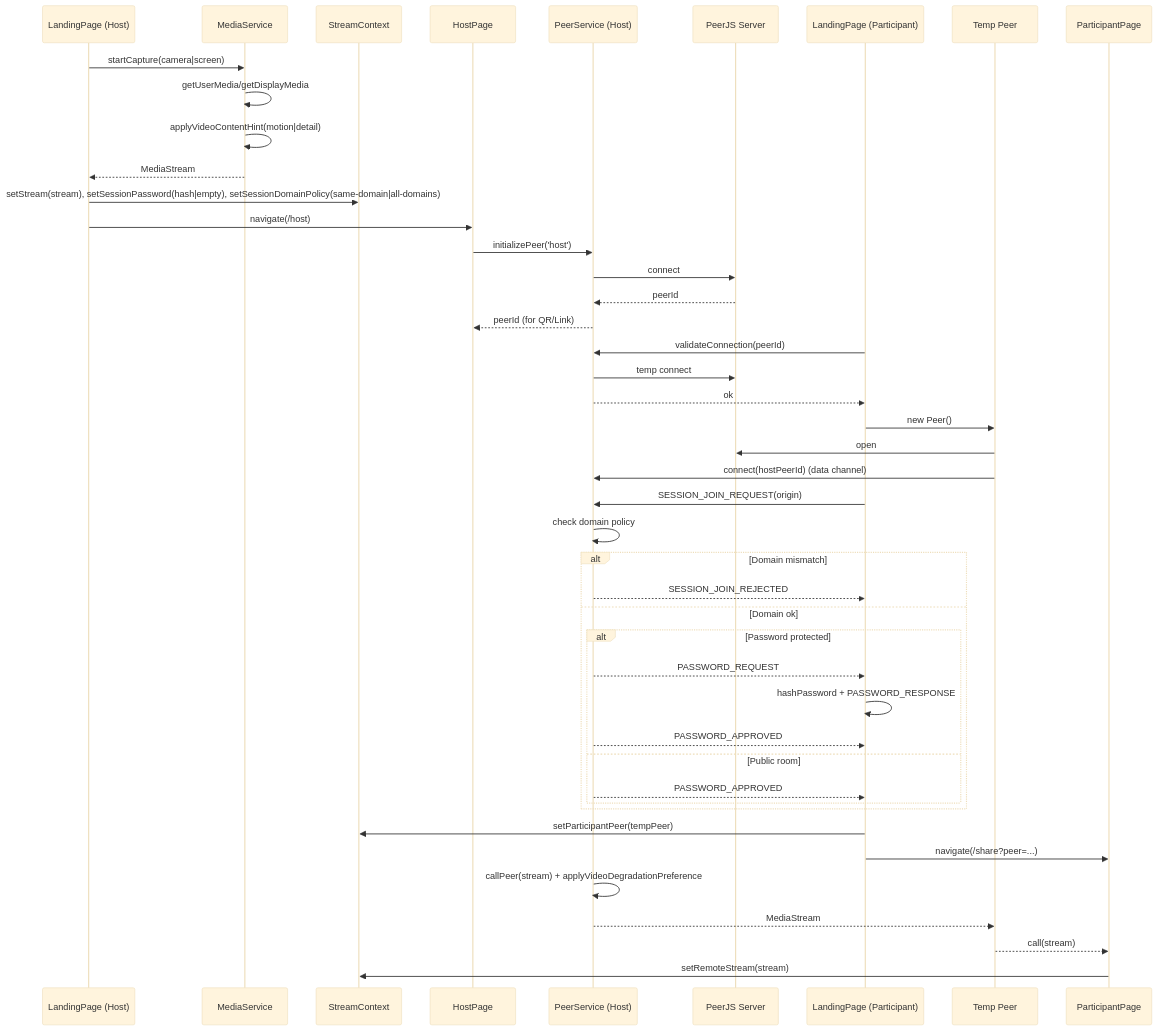
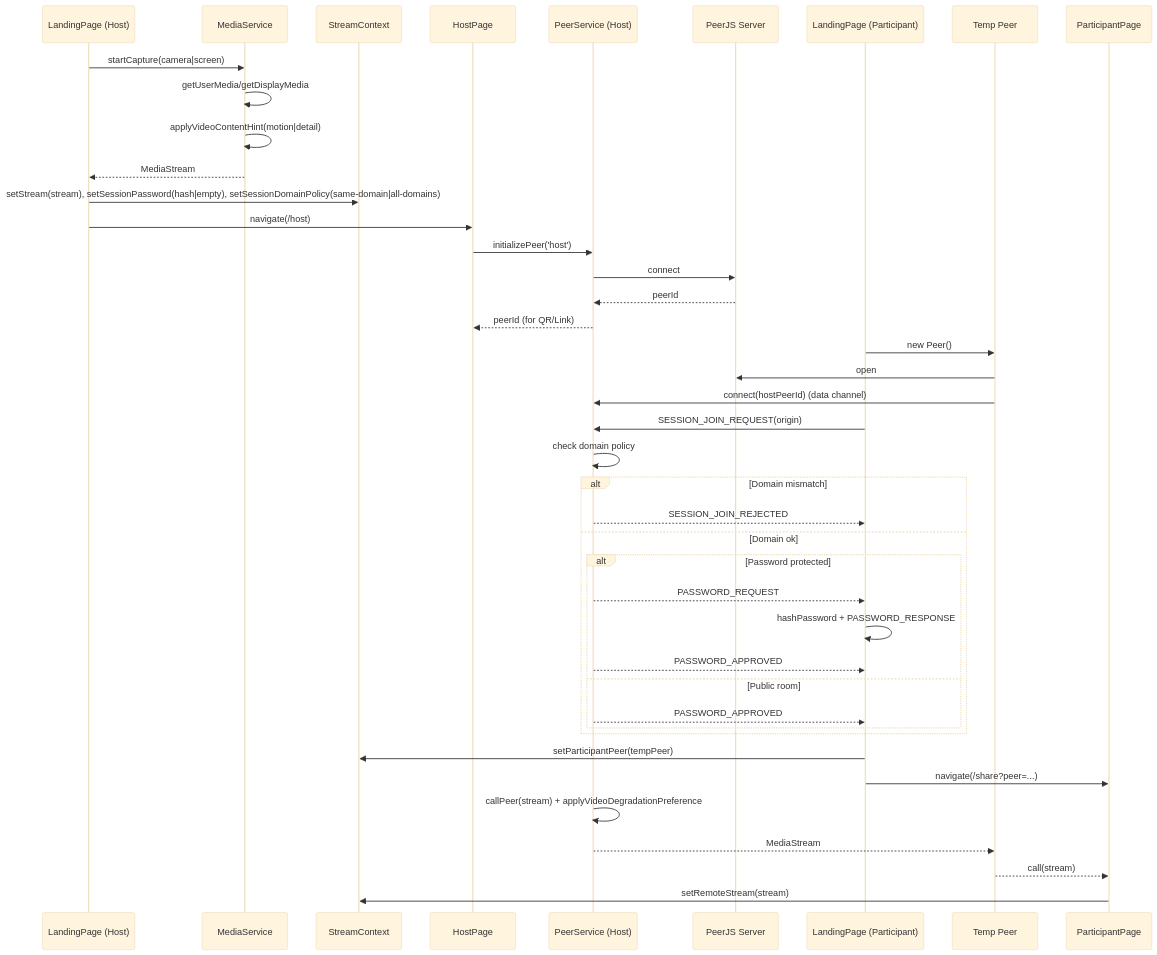
The first of 9 diagrams in ARCHITECTURE.md (BackGwa/Perspective), drawn with Mermaid (base theme) before and after one commit. The commit also changed other lines of this file and 1 other file, not shown here.

First line of the commit message:
Simplify connection logic in ARCHITECTURE.md

````diff
--- a/ARCHITECTURE.md
+++ b/ARCHITECTURE.md
@@ -8,53 +8,49 @@
 ```mermaid
 sequenceDiagram
     participant HostLP as LandingPage (Host)
     participant MS as MediaService
     participant SC as StreamContext
     participant HostPage as HostPage
     participant PS as PeerService (Host)
     participant Server as PeerJS Server
     participant PartLP as LandingPage (Participant)
     participant PPeer as Temp Peer
     participant PartPage as ParticipantPage
 
     HostLP->>MS: startCapture(camera|screen)
     MS->>MS: getUserMedia/getDisplayMedia
     MS->>MS: applyVideoContentHint(motion|detail)
     MS-->>HostLP: MediaStream
     HostLP->>SC: setStream(stream), setSessionPassword(hash|empty), setSessionDomainPolicy(same-domain|all-domains)
     HostLP->>HostPage: navigate(/host)
 
     HostPage->>PS: initializePeer('host')
     PS->>Server: connect
     Server-->>PS: peerId
     PS-->>HostPage: peerId (for QR/Link)
-
-    PartLP->>PS: validateConnection(peerId)
-    PS->>Server: temp connect
-    PS-->>PartLP: ok
 
     PartLP->>PPeer: new Peer()
     PPeer->>Server: open
     PPeer->>PS: connect(hostPeerId) (data channel)
     PartLP->>PS: SESSION_JOIN_REQUEST(origin)
     PS->>PS: check domain policy
 
     alt Domain mismatch
         PS-->>PartLP: SESSION_JOIN_REJECTED
     else Domain ok
         alt Password protected
             PS-->>PartLP: PASSWORD_REQUEST
             PartLP->>PartLP: hashPassword + PASSWORD_RESPONSE
             PS-->>PartLP: PASSWORD_APPROVED
         else Public room
             PS-->>PartLP: PASSWORD_APPROVED
         end
     end
 
     PartLP->>SC: setParticipantPeer(tempPeer)
     PartLP->>PartPage: navigate(/share?peer=...)
     PS->>PS: callPeer(stream) + applyVideoDegradationPreference
     PS-->>PPeer: MediaStream
     PPeer-->>PartPage: call(stream)
     PartPage->>SC: setRemoteStream(stream)
 ```
````
